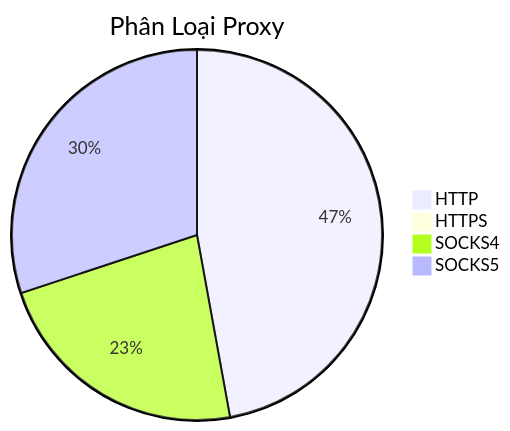
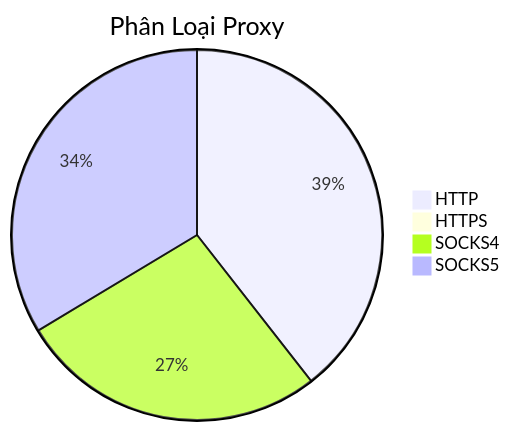
One commit to Ciara-12/PROXY-free changed the diagram in README.md. Above: the diagram before and after it, drawn with Mermaid. The commit also changed other lines of this file and 4 other files, not shown here.

````diff
--- a/README.md
+++ b/README.md
@@ -26,7 +26,7 @@
 ```mermaid
 pie title Phân Loại Proxy
-    "HTTP" : 478
+    "HTTP" : 366
     "HTTPS" : 2
-    "SOCKS4" : 231
-    "SOCKS5" : 305
+    "SOCKS4" : 250
+    "SOCKS5" : 312
 ```
````
